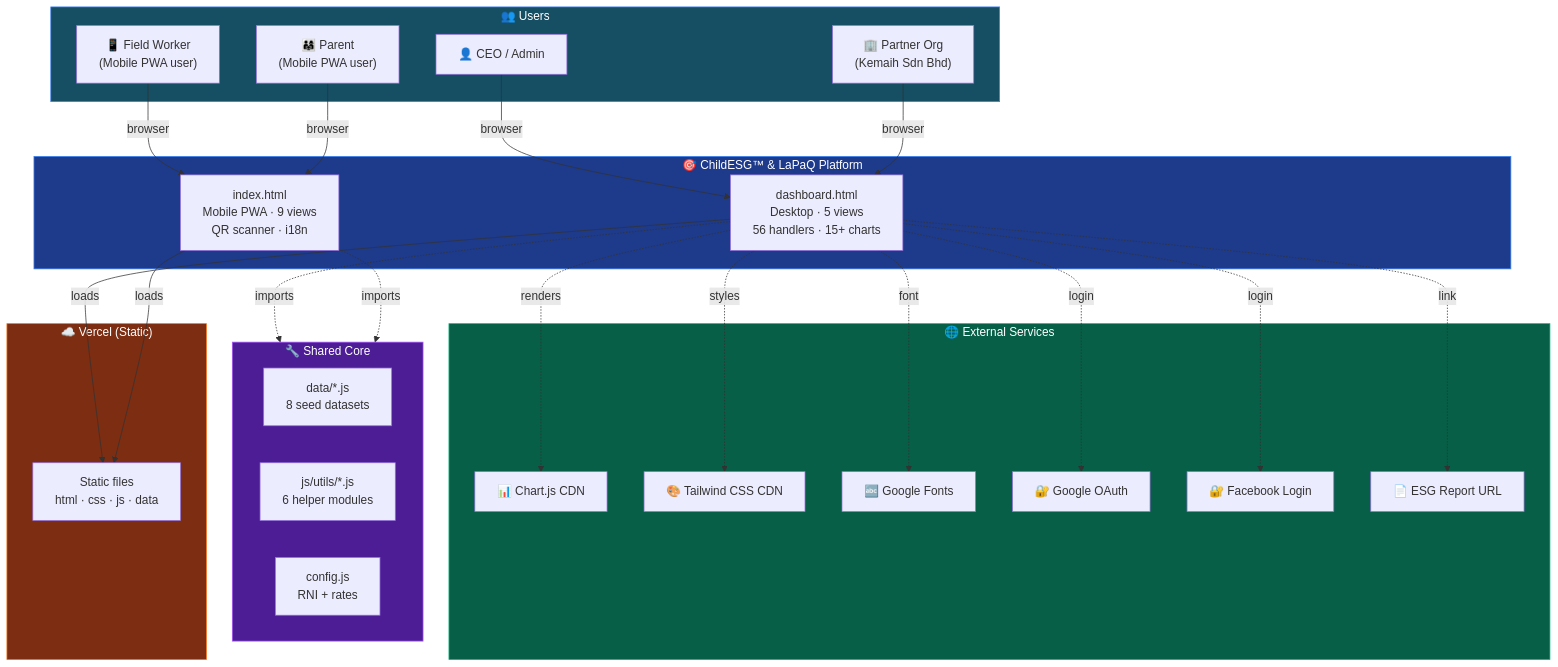
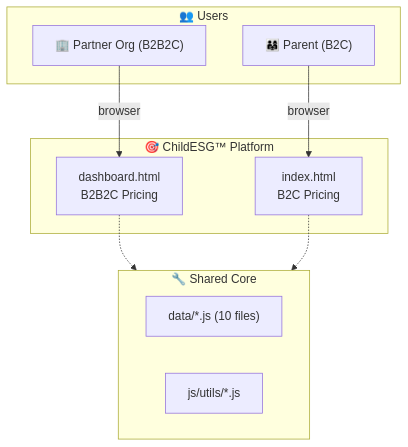
The second of 3 diagrams in README.md (Ainolrazman/childesg-lapaq-mobile-mockup), drawn with Mermaid before and after one commit. The commit also changed other lines of this file, not shown here.

First line of the commit message:
Revise README for platform updates and pricing details

````diff
--- a/README.md
+++ b/README.md
@@ -101,57 +119,22 @@
 ```mermaid
 graph TB
     subgraph Users["👥 Users"]
-        CEO["👤 CEO / Admin"]
-        PARTNER["🏢 Partner Org<br/>(Kemaih Sdn Bhd)"]
-        FIELD["📱 Field Worker<br/>(Mobile PWA user)"]
-        PARENT["👨‍👩‍👧 Parent<br/>(Mobile PWA user)"]
+        PARTNER["🏢 Partner Org (B2B2C)"]
+        PARENT["👨‍👩‍👧 Parent (B2C)"]
     end
 
-    subgraph Platform["🎯 ChildESG™ & LaPaQ Platform"]
-        DASH["dashboard.html<br/>Desktop · 5 views<br/>56 handlers · 15+ charts"]
-        MOBILE["index.html<br/>Mobile PWA · 9 views<br/>QR scanner · i18n"]
+    subgraph Platform["🎯 ChildESG™ Platform"]
+        DASH["dashboard.html<br/>B2B2C Pricing"]
+        MOBILE["index.html<br/>B2C Pricing"]
     end
 
     subgraph Shared["🔧 Shared Core"]
-        DATA["data/*.js<br/>8 seed datasets"]
-        UTILS["js/utils/*.js<br/>6 helper modules"]
-        CFG["config.js<br/>RNI + rates"]
+        DATA["data/*.js (10 files)"]
+        UTILS["js/utils/*.js"]
     end
 
-    subgraph External["🌐 External Services"]
-        CHARTJS["📊 Chart.js CDN"]
-        TAILWIND["🎨 Tailwind CSS CDN"]
-        FONTS["🔤 Google Fonts"]
-        GOOGLE["🔐 Google OAuth"]
-        FACEBOOK["🔐 Facebook Login"]
-        REPORT["📄 ESG Report URL"]
-    end
-
-    subgraph Hosting["☁️ Vercel (Static)"]
-        FILES["Static files<br/>html · css · js · data"]
-    end
-
-    CEO -->|browser| DASH
     PARTNER -->|browser| DASH
-    FIELD -->|browser| MOBILE
     PARENT -->|browser| MOBILE
-
-    DASH -->|loads| FILES
-    MOBILE -->|loads| FILES
-
-    DASH -.->|imports| Shared
-    MOBILE -.->|imports| Shared
-
-    DASH -.->|renders| CHARTJS
-    DASH -.->|styles| TAILWIND
-    DASH -.->|font| FONTS
-    DASH -.->|login| GOOGLE
-    DASH -.->|login| FACEBOOK
-    DASH -.->|link| REPORT
-
-    style Platform fill:#1e3a8a,stroke:#3b82f6,color:#fff
-    style Shared fill:#4c1d95,stroke:#a855f7,color:#fff
-    style External fill:#065f46,stroke:#10b981,color:#fff
-    style Hosting fill:#7c2d12,stroke:#f97316,color:#fff
-    style Users fill:#164e63,stroke:#3b82f6,color:#fff
+    DASH -.-> Shared
+    MOBILE -.-> Shared
 ```
````
